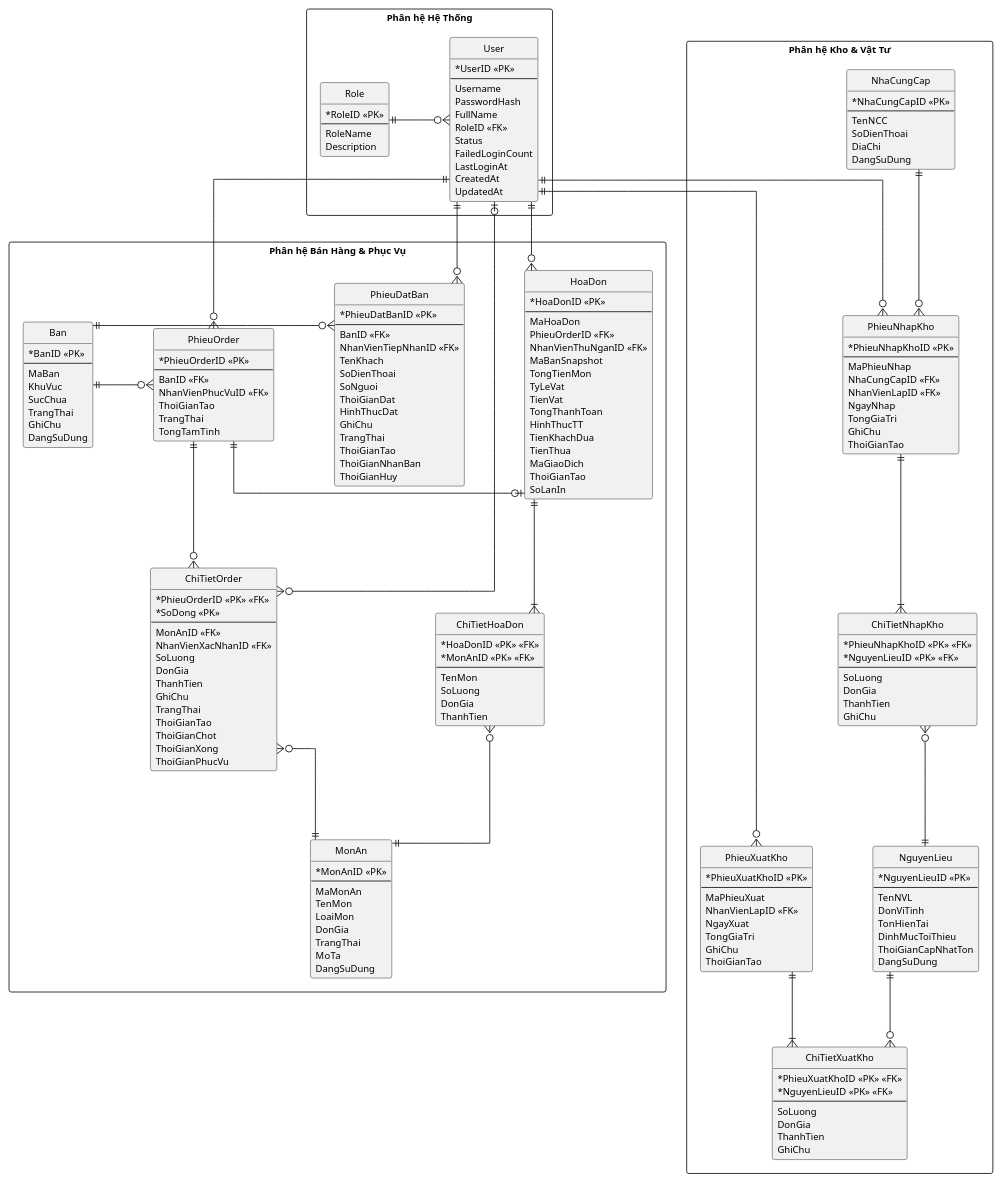
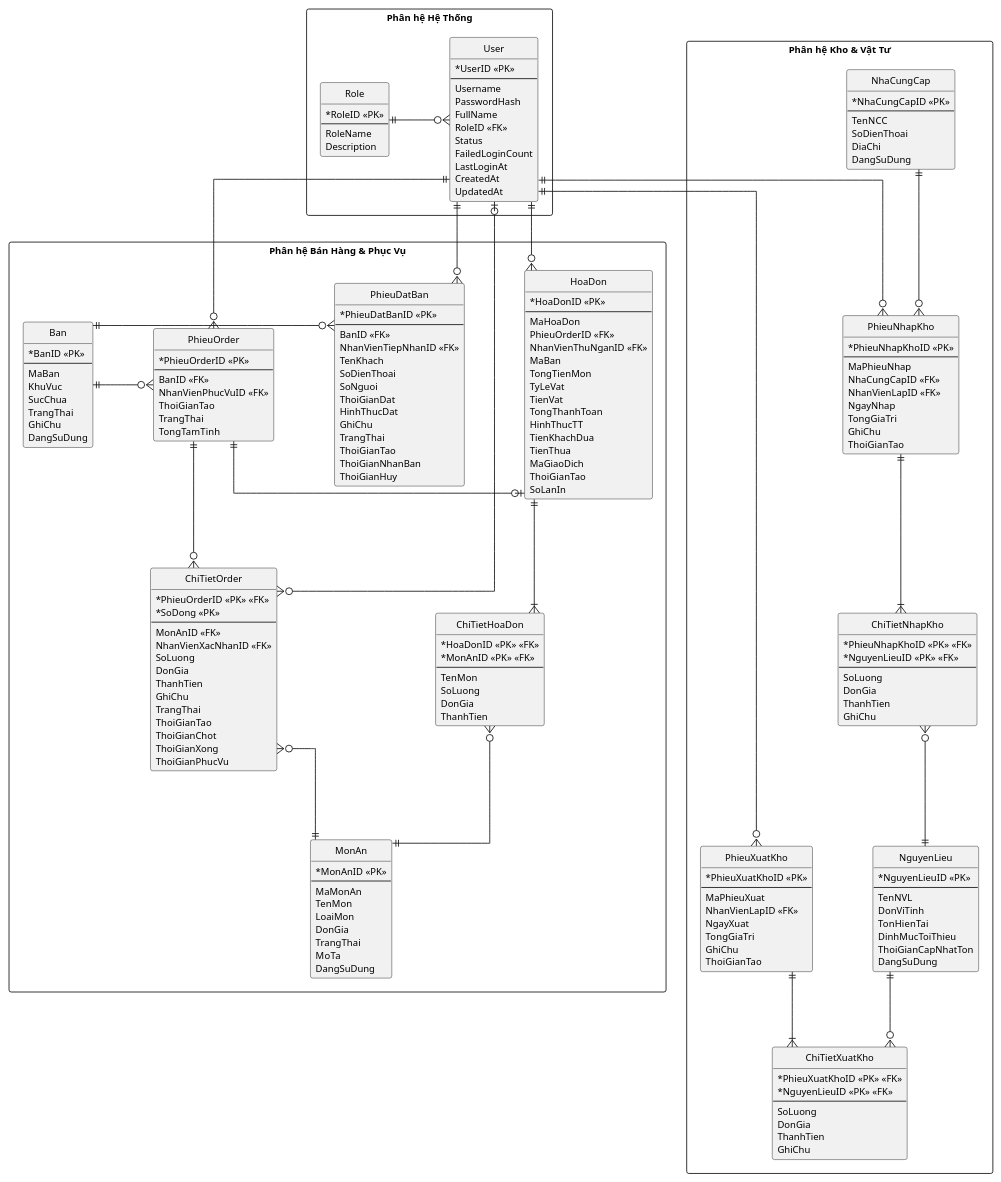
The diagram in design/erd/erd.puml (vpthinh19/cnpm), drawn with PlantUML before and after one commit. The commit also changed 6 other files, not shown here.

```diff
--- a/design/erd/erd.puml
+++ b/design/erd/erd.puml
@@ -106,7 +106,7 @@
     MaHoaDon
     PhieuOrderID <<FK>>
     NhanVienThuNganID <<FK>>
-    MaBanSnapshot
+    MaBan
     TongTienMon
     TyLeVat
     TienVat
```
